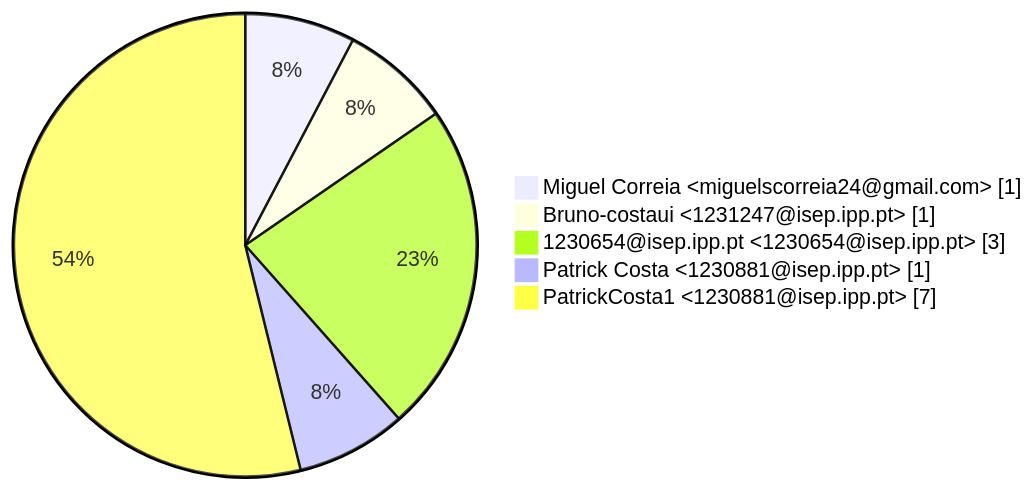
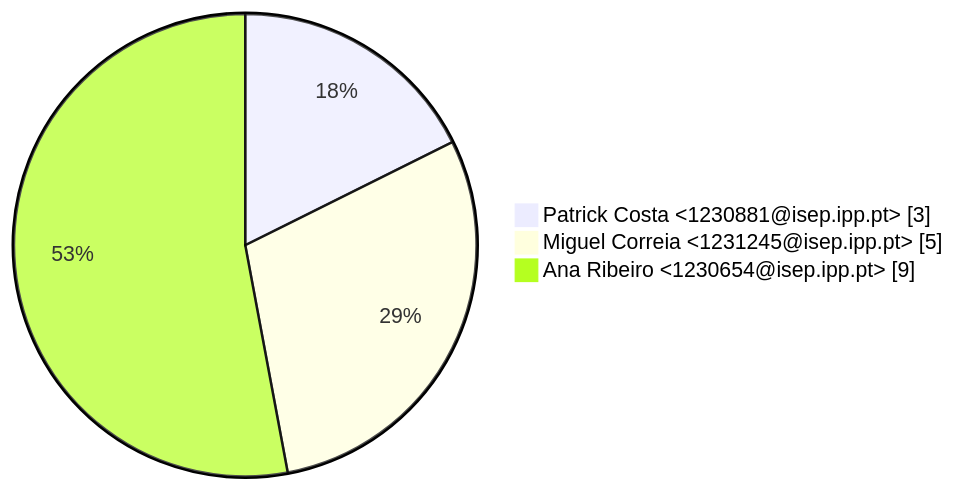
One commit to PatrickCosta1/LSIS1_Grupo_7_GitHub changed the first of 3 diagrams in GitAnalysis/Sprint_1/Contributions.md. Above: the diagram before and after it, drawn with Mermaid. The commit also changed other lines of this file and 1 other file, not shown here.

````diff
--- a/GitAnalysis/Sprint_1/Contributions.md
+++ b/GitAnalysis/Sprint_1/Contributions.md
@@ -11,8 +9,6 @@
 ```mermaid
 pie showData
-    " Miguel Correia <miguelscorreia24@gmail.com>" : 1
-    " Bruno-costaui <1231247@isep.ipp.pt>" : 1
-    " 1230654@isep.ipp.pt <1230654@isep.ipp.pt>" : 3
-    " Patrick Costa <1230881@isep.ipp.pt>" : 1
-    " PatrickCosta1 <1230881@isep.ipp.pt>" : 7
+    " Patrick Costa <1230881@isep.ipp.pt>" : 3
+    " Miguel Correia <1231245@isep.ipp.pt>" : 5
+    " Ana Ribeiro <1230654@isep.ipp.pt>" : 9
 ```
````
